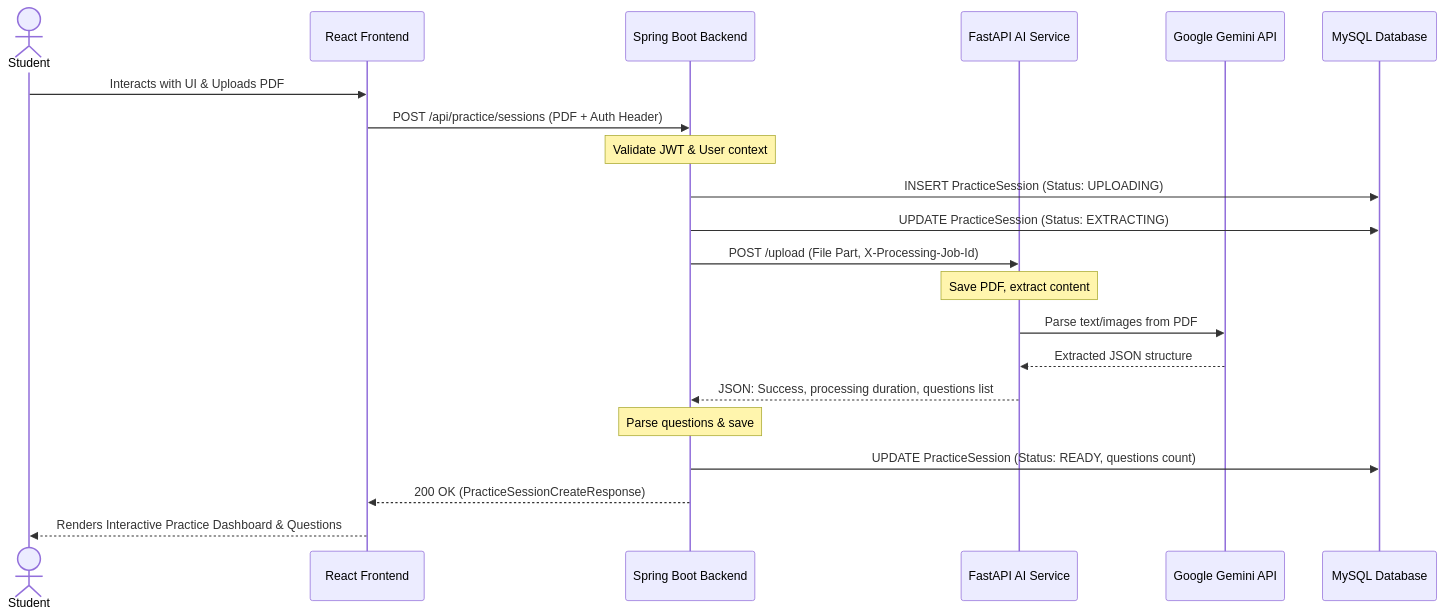
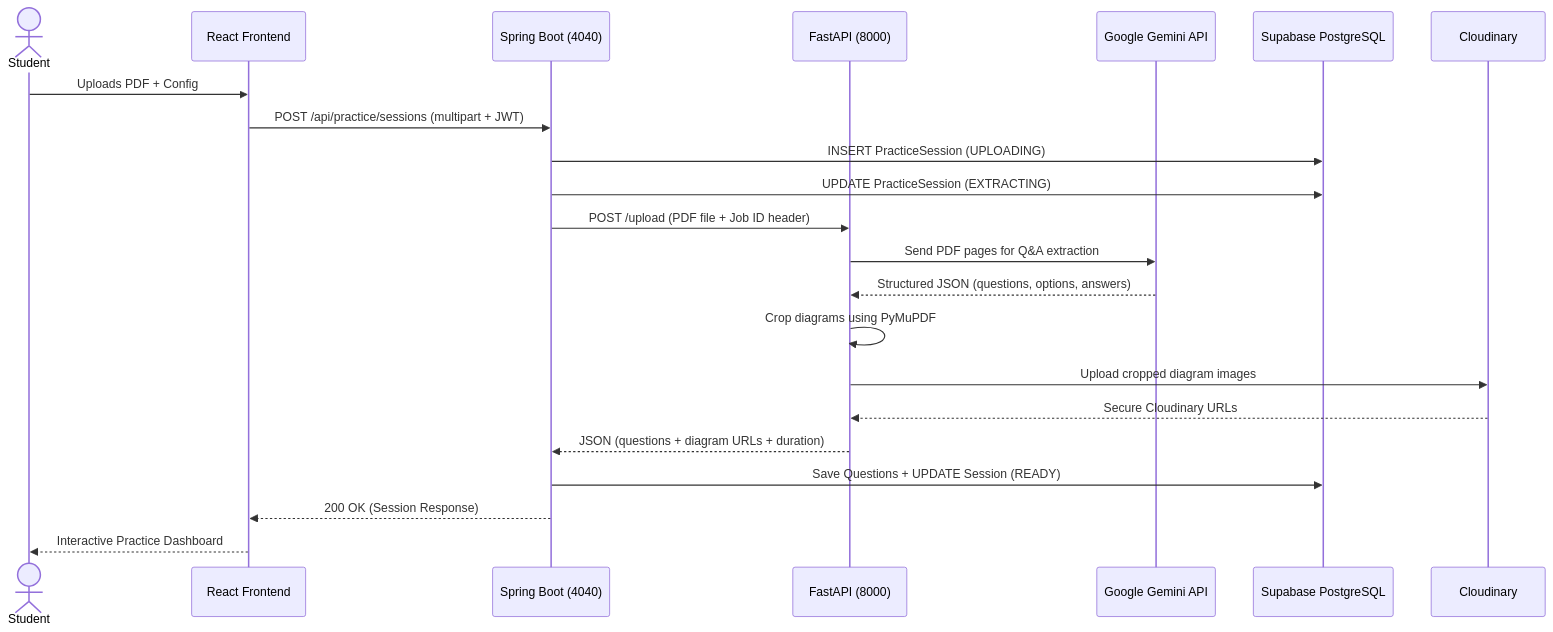
One commit to darshannaik1305-web/EXAM-PILOT changed the second of 2 diagrams in README.md. Above: the diagram before and after it, drawn with Mermaid. The commit also changed other lines of this file and 17 other files, not shown here.

````diff
--- a/README.md
+++ b/README.md
@@ -79,26 +108,25 @@
 ```mermaid
 sequenceDiagram
-    actor Student as Student
+    actor Student
     participant FE as React Frontend
-    participant SB as Spring Boot Backend
-    participant FA as FastAPI AI Service
+    participant SB as Spring Boot (4040)
+    participant FA as FastAPI (8000)
     participant Gemini as Google Gemini API
-    participant DB as MySQL Database
+    participant DB as Supabase PostgreSQL
+    participant CLD as Cloudinary
 
-    Student->>FE: Interacts with UI & Uploads PDF
-    FE->>SB: POST /api/practice/sessions (PDF + Auth Header)
-    Note over SB: Validate JWT & User context
-    SB->>DB: INSERT PracticeSession (Status: UPLOADING)
-    SB->>DB: UPDATE PracticeSession (Status: EXTRACTING)
-    
-    SB->>FA: POST /upload (File Part, X-Processing-Job-Id)
-    Note over FA: Save PDF, extract content
-    FA->>Gemini: Parse text/images from PDF
-    Gemini-->>FA: Extracted JSON structure
-    FA-->>SB: JSON: Success, processing duration, questions list
-    
-    Note over SB: Parse questions & save
-    SB->>DB: UPDATE PracticeSession (Status: READY, questions count)
-    SB-->>FE: 200 OK (PracticeSessionCreateResponse)
-    FE-->>Student: Renders Interactive Practice Dashboard & Questions
+    Student->>FE: Uploads PDF + Config
+    FE->>SB: POST /api/practice/sessions (multipart + JWT)
+    SB->>DB: INSERT PracticeSession (UPLOADING)
+    SB->>DB: UPDATE PracticeSession (EXTRACTING)
+    SB->>FA: POST /upload (PDF file + Job ID header)
+    FA->>Gemini: Send PDF pages for Q&A extraction
+    Gemini-->>FA: Structured JSON (questions, options, answers)
+    FA->>FA: Crop diagrams using PyMuPDF
+    FA->>CLD: Upload cropped diagram images
+    CLD-->>FA: Secure Cloudinary URLs
+    FA-->>SB: JSON (questions + diagram URLs + duration)
+    SB->>DB: Save Questions + UPDATE Session (READY)
+    SB-->>FE: 200 OK (Session Response)
+    FE-->>Student: Interactive Practice Dashboard
 ```
````
